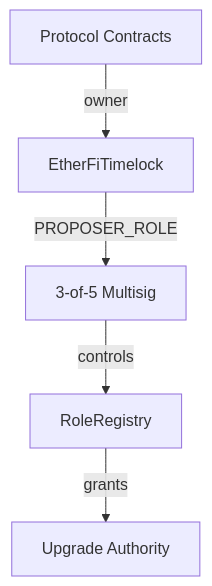
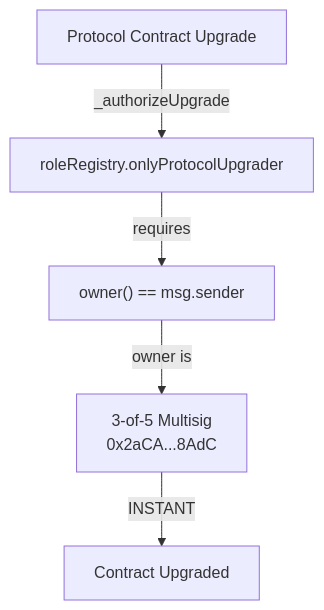
The second of 3 diagrams in research/ethfi-research.md (ParkCommissioner/ownership-token-framework), drawn with Mermaid before and after one commit. The commit also changed other lines of this file, not shown here.

````diff
--- a/research/ethfi-research.md
+++ b/research/ethfi-research.md
@@ -113,7 +115,7 @@
 ```mermaid
 graph TD
-    A[Protocol Contracts] -->|owner| B[EtherFiTimelock]
-    B -->|PROPOSER_ROLE| C[3-of-5 Multisig]
-    C -->|controls| D[RoleRegistry]
-    D -->|grants| E[Upgrade Authority]
+    A[Protocol Contract Upgrade] -->|_authorizeUpgrade| B[roleRegistry.onlyProtocolUpgrader]
+    B -->|requires| C["owner() == msg.sender"]
+    C -->|owner is| D[3-of-5 Multisig<br/>0x2aCA...8AdC]
+    D -->|INSTANT| E[Contract Upgraded]
 ```
````
